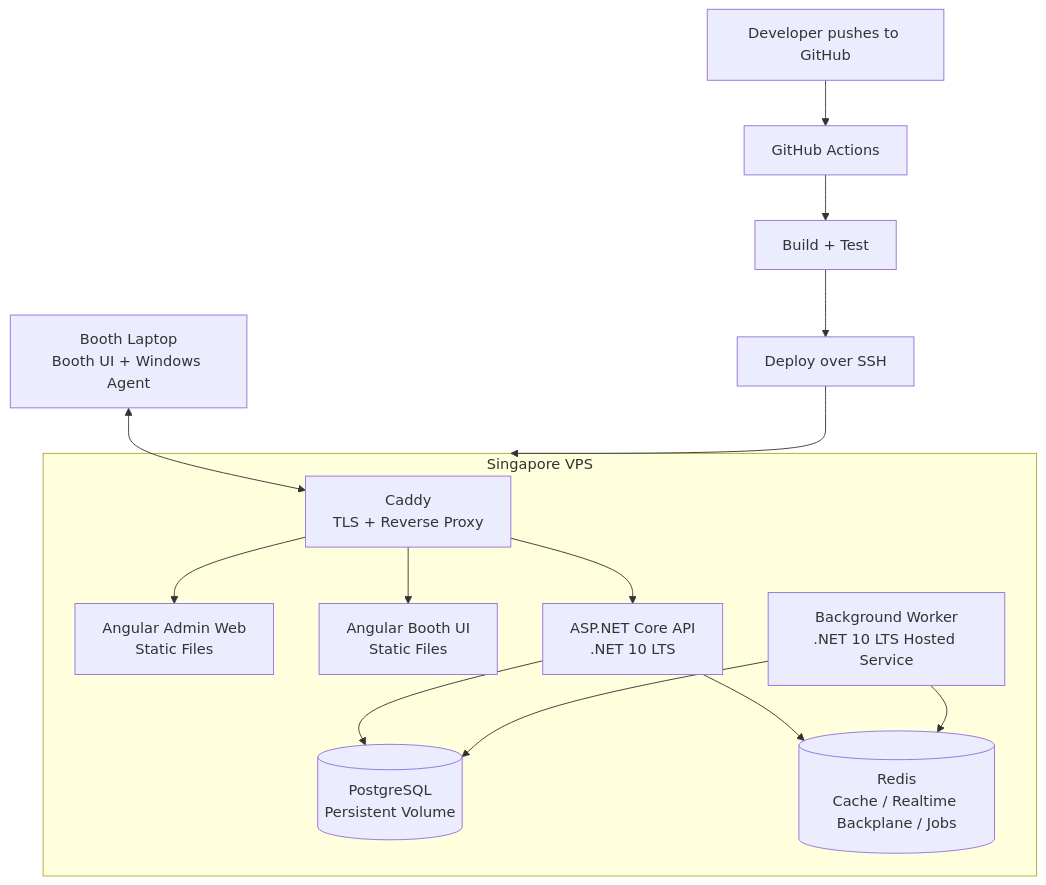
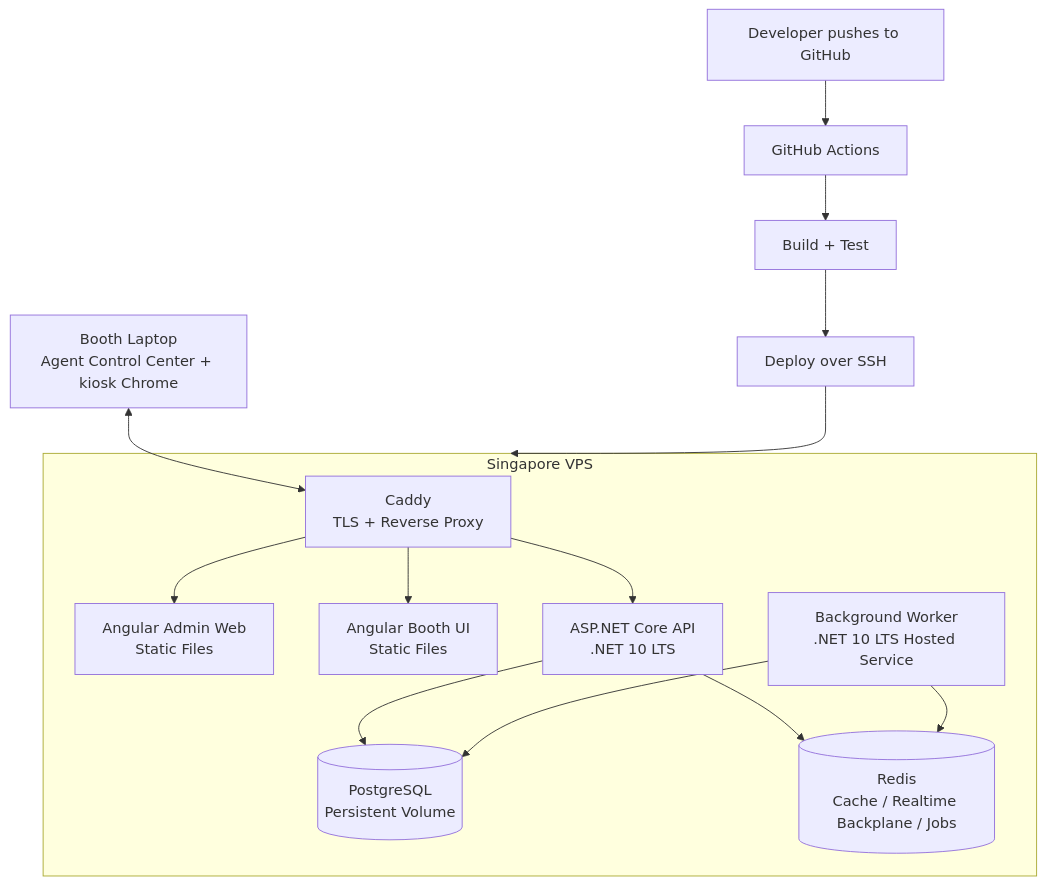
Before and after one commit to quinjan/PhotoBIZ: the diagram in docs/DEPLOYMENT.md, drawn with Mermaid. The commit also changed other lines of this file and 20 other files, not shown here.

Commit message:
1st vertical slice for windows agent control center

````diff
--- a/docs/DEPLOYMENT.md
+++ b/docs/DEPLOYMENT.md
@@ -55,28 +55,28 @@
 ```mermaid
 flowchart TB
   Dev["Developer pushes to GitHub"] --> GHA["GitHub Actions"]
   GHA --> Test["Build + Test"]
   Test --> Deploy["Deploy over SSH"]
 
   Deploy --> VPS["Singapore VPS"]
 
   subgraph VPS["Singapore VPS"]
     Proxy["Caddy<br/>TLS + Reverse Proxy"]
     Admin["Angular Admin Web<br/>Static Files"]
     Booth["Angular Booth UI<br/>Static Files"]
     API["ASP.NET Core API<br/>.NET 10 LTS"]
     Worker["Background Worker<br/>.NET 10 LTS Hosted Service"]
     DB[("PostgreSQL<br/>Persistent Volume")]
     Redis[("Redis<br/>Cache / Realtime Backplane / Jobs")]
   end
 
   Proxy --> Admin
   Proxy --> Booth
   Proxy --> API
   API --> DB
   API --> Redis
   Worker --> DB
   Worker --> Redis
 
-  BoothLaptop["Booth Laptop<br/>Booth UI + Windows Agent"] <--> Proxy
+  BoothLaptop["Booth Laptop<br/>Agent Control Center + kiosk Chrome"] <--> Proxy
 ```
````
